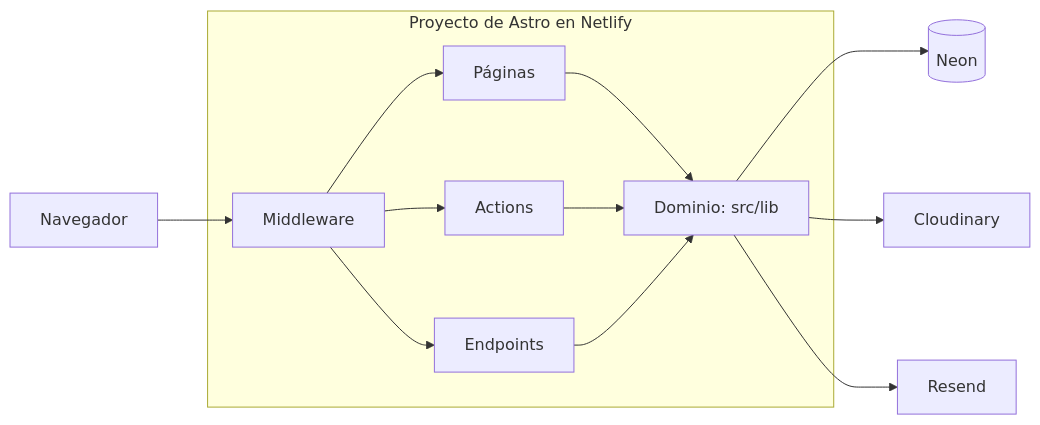
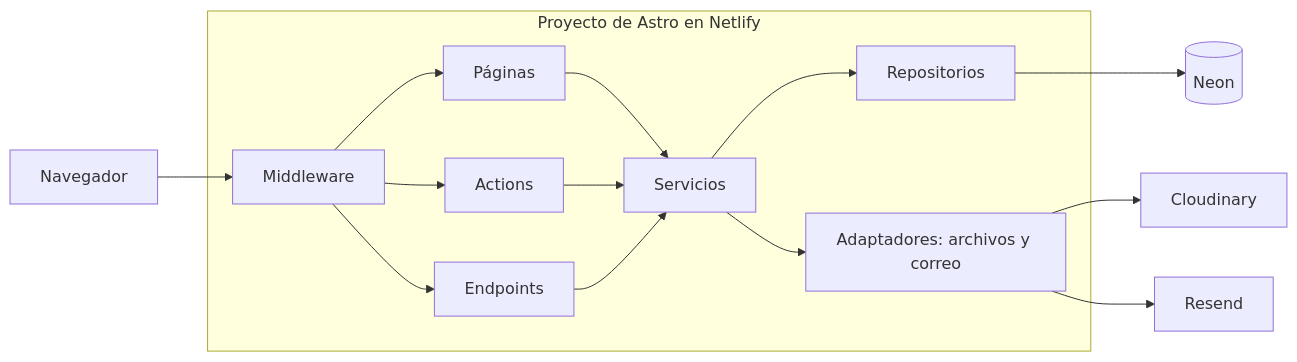
Before and after one commit to LucianoOPM/rentapp: the diagram in docs/architecture.md, drawn with Mermaid. The commit also changed other lines of this file and 32 other files, not shown here.

````diff
--- a/docs/architecture.md
+++ b/docs/architecture.md
@@ -7,15 +7,17 @@
 ```mermaid
 flowchart LR
   N[Navegador] --> M[Middleware]
   subgraph App[Proyecto de Astro en Netlify]
     M --> P[Páginas]
     M --> A[Actions]
     M --> E[Endpoints]
-    P --> D[Dominio: src/lib]
-    A --> D
-    E --> D
+    P --> S[Servicios]
+    A --> S
+    E --> S
+    S --> RP[Repositorios]
+    S --> X[Adaptadores: archivos y correo]
   end
-  D --> DB[(Neon)]
-  D --> C[Cloudinary]
-  D --> R[Resend]
+  RP --> DB[(Neon)]
+  X --> C[Cloudinary]
+  X --> R[Resend]
 ```
````
